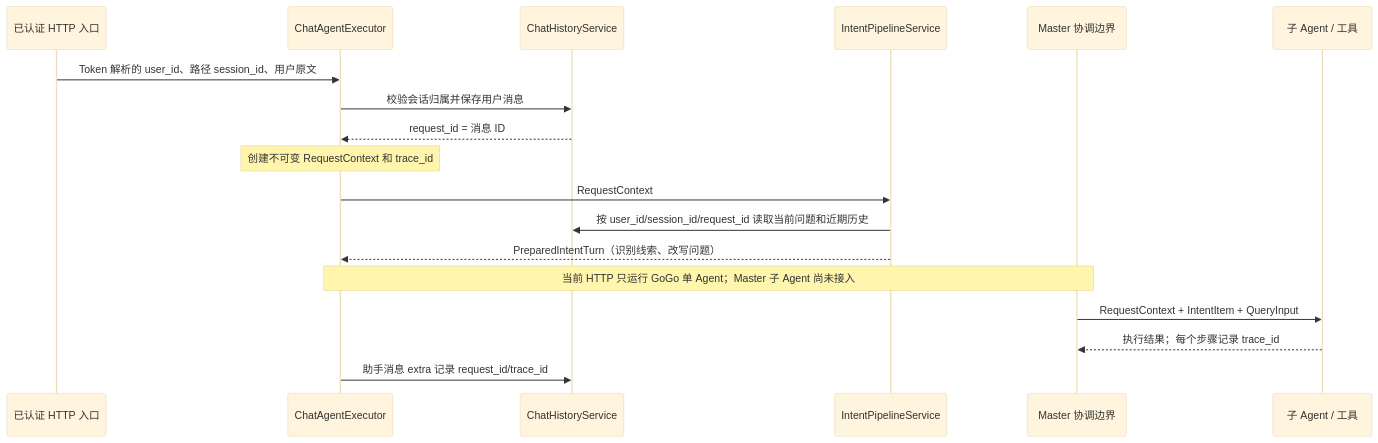
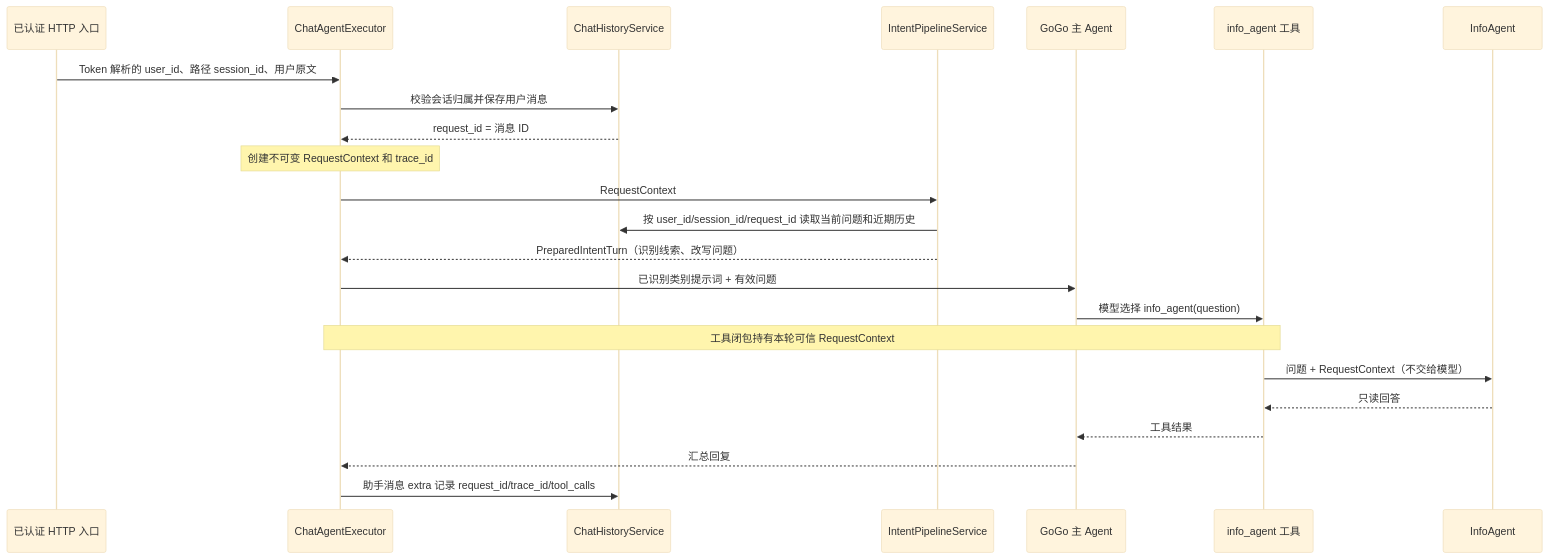
One commit to tengjiaozhai/gogo-agent changed the diagram in docs/契约样例/021-请求上下文与信任边界.md. Above: the diagram before and after it, drawn with Mermaid (base theme). The commit also changed other lines of this file and 17 other files, not shown here.

````diff
--- a/docs/契约样例/021-请求上下文与信任边界.md
+++ b/docs/契约样例/021-请求上下文与信任边界.md
@@ -5,20 +5,25 @@
 ```mermaid
 sequenceDiagram
     participant H as 已认证 HTTP 入口
     participant E as ChatAgentExecutor
     participant B as ChatHistoryService
     participant P as IntentPipelineService
-    participant M as Master 协调边界
-    participant C as 子 Agent / 工具
+    participant M as GoGo 主 Agent
+    participant T as info_agent 工具
+    participant C as InfoAgent
     H->>E: Token 解析的 user_id、路径 session_id、用户原文
     E->>B: 校验会话归属并保存用户消息
     B-->>E: request_id = 消息 ID
     Note over E: 创建不可变 RequestContext 和 trace_id
     E->>P: RequestContext
     P->>B: 按 user_id/session_id/request_id 读取当前问题和近期历史
     P-->>E: PreparedIntentTurn（识别线索、改写问题）
-    Note over E,M: 当前 HTTP 只运行 GoGo 单 Agent；Master 子 Agent 尚未接入
-    M->>C: RequestContext + IntentItem + QueryInput
-    C-->>M: 执行结果；每个步骤记录 trace_id
-    E->>B: 助手消息 extra 记录 request_id/trace_id
+    E->>M: 已识别类别提示词 + 有效问题
+    M->>T: 模型选择 info_agent(question)
+    Note over E,T: 工具闭包持有本轮可信 RequestContext
+    T->>C: 问题 + RequestContext（不交给模型）
+    C-->>T: 只读回答
+    T-->>M: 工具结果
+    M-->>E: 汇总回复
+    E->>B: 助手消息 extra 记录 request_id/trace_id/tool_calls
 ```
````
